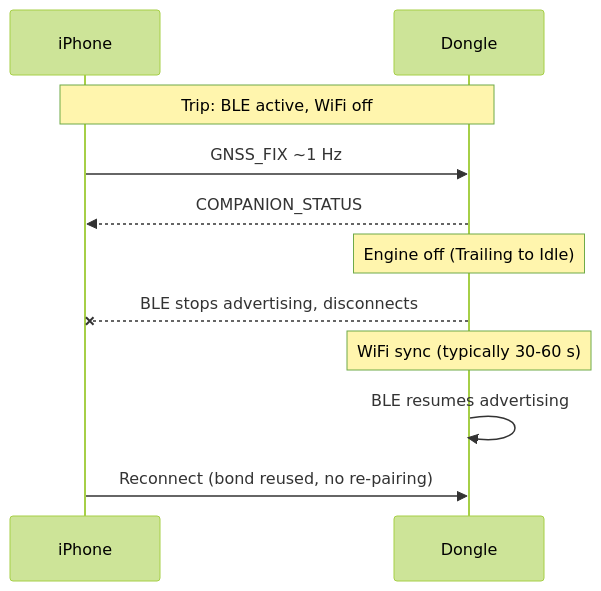
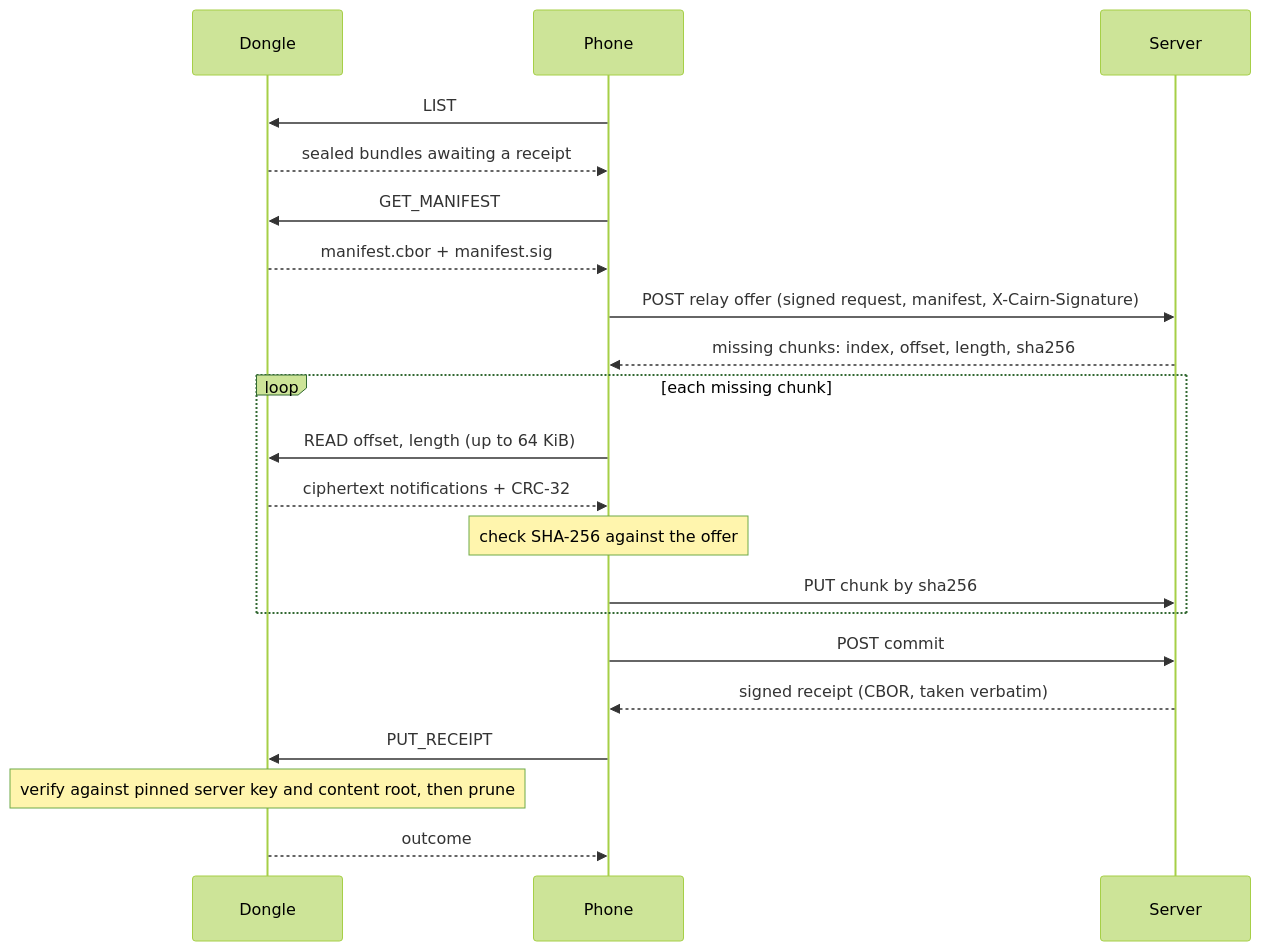
One commit to ParkWardRR/cairn-companion-ios-esp32-obd2-gps-ble changed the fourth of 7 diagrams in README.md. Above: the diagram before and after it, drawn with Mermaid (forest theme). The commit also changed other lines of this file, not shown here.

Commit message:
docs: overhaul the README: relay and server-client roles, diagrams, honest status, docs index

````diff
--- a/README.md
+++ b/README.md
@@ -90,13 +220,23 @@
 ```mermaid
 sequenceDiagram
-  participant P as iPhone
   participant D as Dongle
-  Note over P,D: Trip: BLE active, WiFi off
-  P->>D: GNSS_FIX ~1 Hz
-  D-->>P: COMPANION_STATUS
-  Note over D: Engine off (Trailing to Idle)
-  D--xP: BLE stops advertising, disconnects
-  Note over D: WiFi sync (typically 30-60 s)
-  D->>D: BLE resumes advertising
-  P->>D: Reconnect (bond reused, no re-pairing)
+  participant P as Phone
+  participant S as Server
+  P->>D: LIST
+  D-->>P: sealed bundles awaiting a receipt
+  P->>D: GET_MANIFEST
+  D-->>P: manifest.cbor + manifest.sig
+  P->>S: POST relay offer (signed request, manifest, X-Cairn-Signature)
+  S-->>P: missing chunks: index, offset, length, sha256
+  loop each missing chunk
+    P->>D: READ offset, length (up to 64 KiB)
+    D-->>P: ciphertext notifications + CRC-32
+    Note over P: check SHA-256 against the offer
+    P->>S: PUT chunk by sha256
+  end
+  P->>S: POST commit
+  S-->>P: signed receipt (CBOR, taken verbatim)
+  P->>D: PUT_RECEIPT
+  Note over D: verify against pinned server key and content root, then prune
+  D-->>P: outcome
 ```
````
